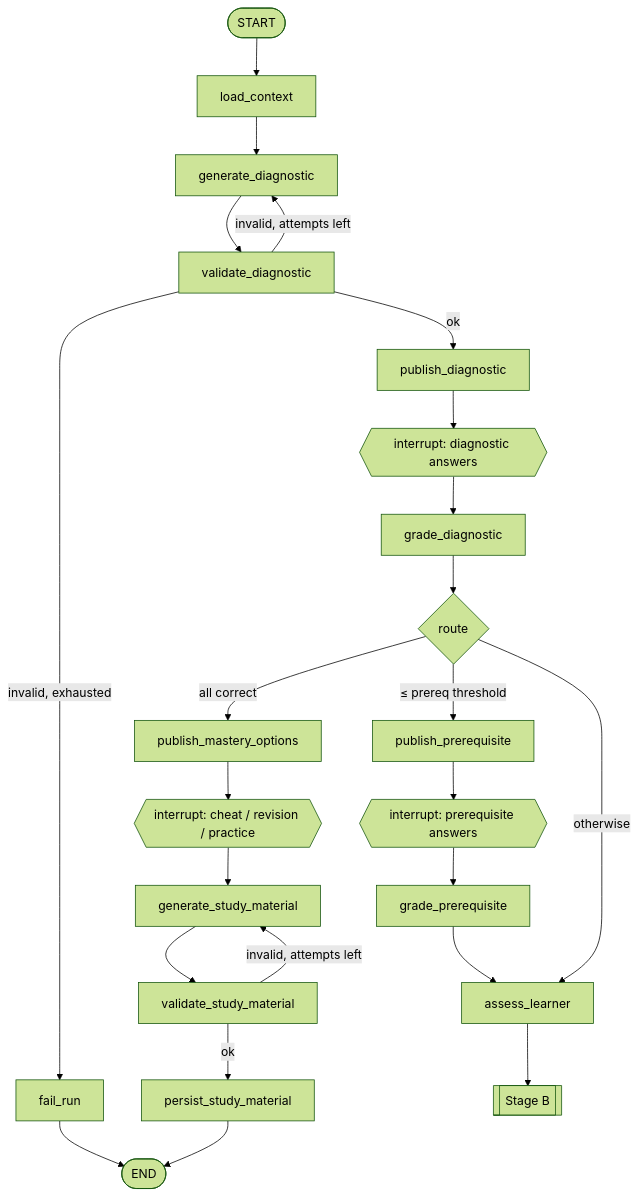
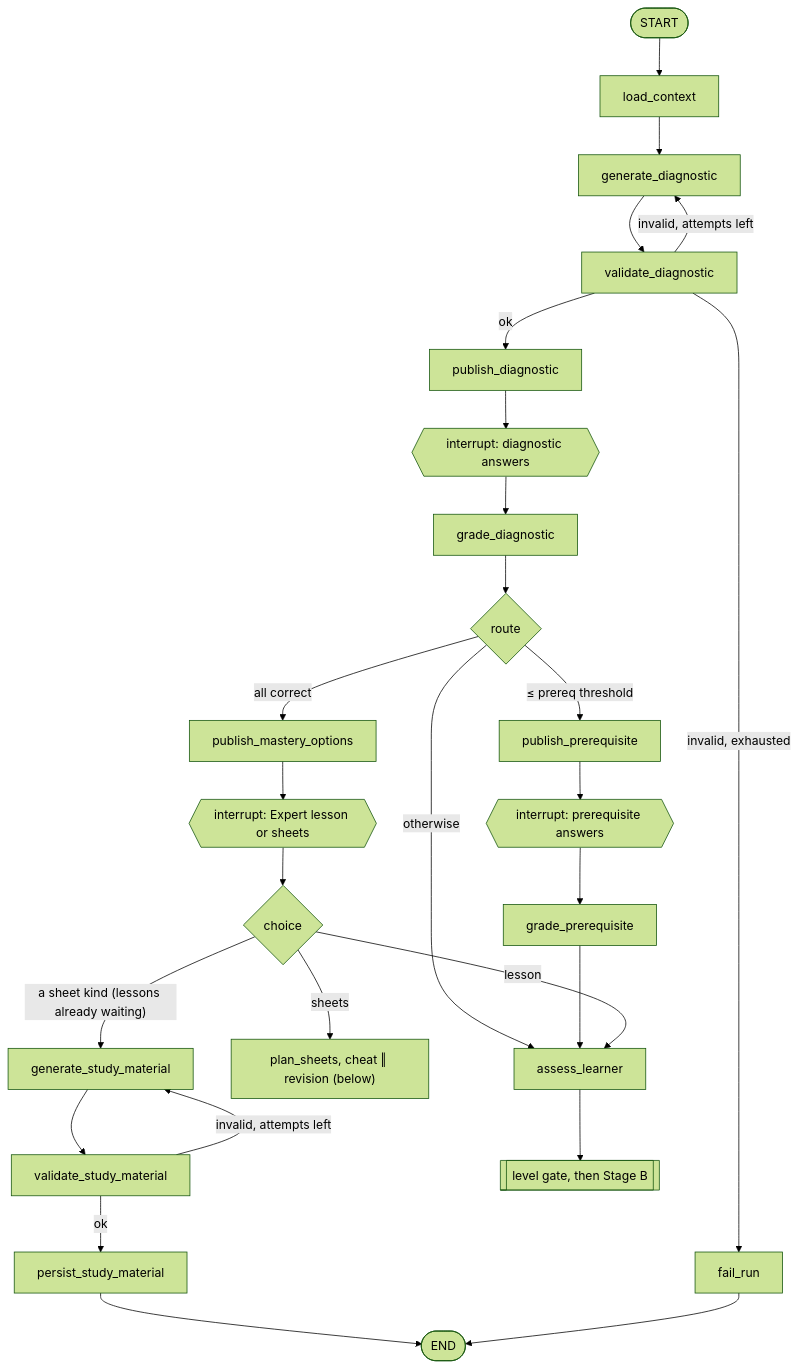
The second of 4 diagrams in docs/architecture/lesson-graph.md (Satyamkumarjha4/Intelilearn), drawn with Mermaid (forest theme) before and after one commit. The commit also changed other lines of this file and 10 other files, not shown here.

First line of the commit message:
docs: the way in, lesson shapes, the mastery choice and stranded threads (phase 9.3)

````diff
--- a/docs/architecture/lesson-graph.md
+++ b/docs/architecture/lesson-graph.md
@@ -28,27 +54,30 @@
 ```mermaid
 flowchart TD
     START([START]) --> load_context
     load_context --> generate_diagnostic
     generate_diagnostic --> validate_diagnostic
     validate_diagnostic -->|invalid, attempts left| generate_diagnostic
     validate_diagnostic -->|invalid, exhausted| fail_run
     validate_diagnostic -->|ok| publish_diagnostic
     publish_diagnostic --> await_diagnostic{{"interrupt: diagnostic answers"}}
     await_diagnostic --> grade_diagnostic
     grade_diagnostic --> route_level{route}
 
     route_level -->|"all correct"| publish_mastery_options
     route_level -->|"≤ prereq threshold"| publish_prerequisite
     route_level -->|"otherwise"| assess_learner
 
     publish_prerequisite --> await_prerequisite{{"interrupt: prerequisite answers"}}
     await_prerequisite --> grade_prerequisite --> assess_learner
 
-    publish_mastery_options --> await_choice{{"interrupt: cheat / revision / practice"}}
-    await_choice --> generate_study_material --> validate_study_material
+    publish_mastery_options --> await_choice{{"interrupt: Expert lesson or sheets"}}
+    await_choice --> choice_router{choice}
+    choice_router -->|lesson| assess_learner
+    choice_router -->|sheets| plan_sheets["plan_sheets, cheat ‖ revision (below)"]
+    choice_router -->|"a sheet kind (lessons already waiting)"| generate_study_material --> validate_study_material
     validate_study_material -->|invalid, attempts left| generate_study_material
     validate_study_material -->|ok| persist_study_material --> END([END])
 
-    assess_learner --> StageB[[Stage B]]
+    assess_learner --> level_gate[[level gate, then Stage B]]
     fail_run --> END
 ```
````
